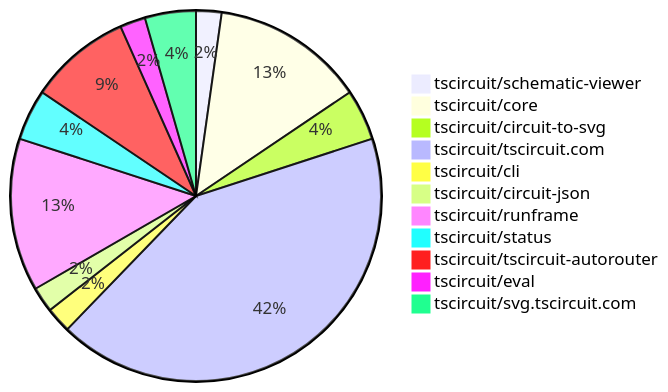
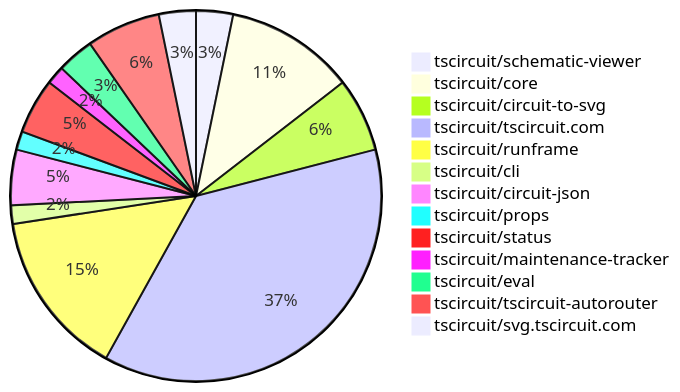
The diagram in README.md (tscircuit/contribution-tracker), drawn with Mermaid before and after one commit. The commit also changed other lines of this file and 3 other files, not shown here.

````diff
--- a/README.md
+++ b/README.md
@@ -24,14 +24,16 @@
 ```mermaid
 pie
-    "tscircuit/schematic-viewer" : 1
-    "tscircuit/core" : 6
-    "tscircuit/circuit-to-svg" : 2
-    "tscircuit/tscircuit.com" : 19
+    "tscircuit/schematic-viewer" : 2
+    "tscircuit/core" : 7
+    "tscircuit/circuit-to-svg" : 4
+    "tscircuit/tscircuit.com" : 23
+    "tscircuit/runframe" : 9
     "tscircuit/cli" : 1
-    "tscircuit/circuit-json" : 1
-    "tscircuit/runframe" : 6
-    "tscircuit/status" : 2
+    "tscircuit/circuit-json" : 3
+    "tscircuit/props" : 1
+    "tscircuit/status" : 3
+    "tscircuit/maintenance-tracker" : 1
+    "tscircuit/eval" : 2
     "tscircuit/tscircuit-autorouter" : 4
-    "tscircuit/eval" : 1
     "tscircuit/svg.tscircuit.com" : 2
 ```
````
